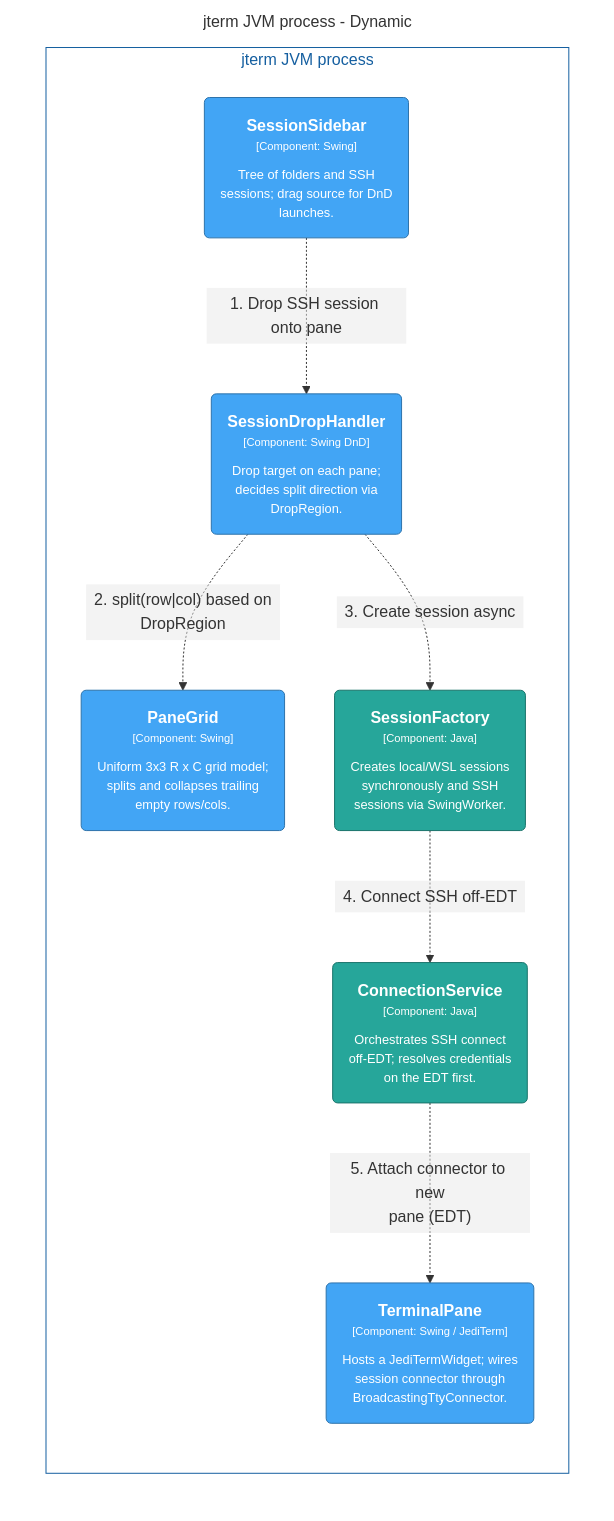
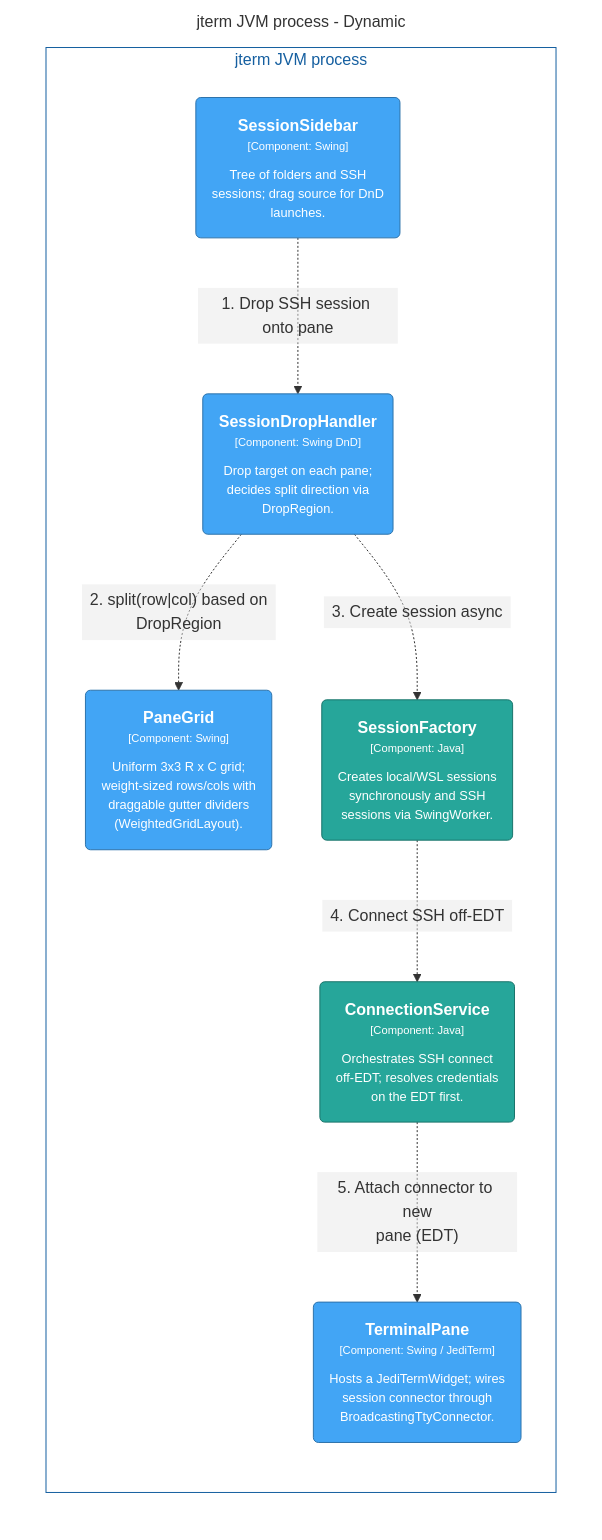
Before and after one commit to drecaise/jterm: the diagram in docs/architecture/model/generated/dynamic-drop-to-split.mmd, drawn with Mermaid. The commit also changed 14 other files, not shown here.

```diff
--- a/docs/architecture/model/generated/dynamic-drop-to-split.mmd
+++ b/docs/architecture/model/generated/dynamic-drop-to-split.mmd
@@ -1,34 +1,34 @@
 ---
 config:
   flowchart:
     padding: 16
 ---
 %%{init: {'theme':'base','themeVariables':{'edgeLabelBackground':'transparent','lineColor':'#8b95a1','fontFamily':'-apple-system,BlinkMacSystemFont,"Segoe UI",Roboto,Helvetica,Arial,sans-serif','fontSize':'14px'},'flowchart':{'curve':'basis','useMaxWidth':true}}}%%
 graph LR
 
   subgraph diagram ["jterm JVM process - Dynamic"]
     style diagram fill:transparent,stroke:transparent
 
     subgraph 8 [jterm JVM process]
       style 8 fill:transparent,stroke:#155fa0,color:#155fa0
 
-      12("<div style='font-weight: bold'>PaneGrid</div><div style='font-size: 70%; margin-top: 0px'>[Component: Swing]</div><div style='font-size: 80%; margin-top:10px'>Uniform 3x3 R x C grid model;<br />splits and collapses trailing<br />empty rows/cols.</div>")
+      12("<div style='font-weight: bold'>PaneGrid</div><div style='font-size: 70%; margin-top: 0px'>[Component: Swing]</div><div style='font-size: 80%; margin-top:10px'>Uniform 3x3 R x C grid;<br />weight-sized rows/cols with<br />draggable gutter dividers<br />(WeightedGridLayout).</div>")
       style 12 fill:#42a5f5,stroke:#2e73ab,color:#ffffff
       13("<div style='font-weight: bold'>TerminalPane</div><div style='font-size: 70%; margin-top: 0px'>[Component: Swing / JediTerm]</div><div style='font-size: 80%; margin-top:10px'>Hosts a JediTermWidget; wires<br />session connector through<br />BroadcastingTtyConnector.</div>")
       style 13 fill:#42a5f5,stroke:#2e73ab,color:#ffffff
       14("<div style='font-weight: bold'>SessionSidebar</div><div style='font-size: 70%; margin-top: 0px'>[Component: Swing]</div><div style='font-size: 80%; margin-top:10px'>Tree of folders and SSH<br />sessions; drag source for DnD<br />launches.</div>")
       style 14 fill:#42a5f5,stroke:#2e73ab,color:#ffffff
       17("<div style='font-weight: bold'>SessionDropHandler</div><div style='font-size: 70%; margin-top: 0px'>[Component: Swing DnD]</div><div style='font-size: 80%; margin-top:10px'>Drop target on each pane;<br />decides split direction via<br />DropRegion.</div>")
       style 17 fill:#42a5f5,stroke:#2e73ab,color:#ffffff
       21("<div style='font-weight: bold'>SessionFactory</div><div style='font-size: 70%; margin-top: 0px'>[Component: Java]</div><div style='font-size: 80%; margin-top:10px'>Creates local/WSL sessions<br />synchronously and SSH<br />sessions via SwingWorker.</div>")
       style 21 fill:#26a69a,stroke:#1a746b,color:#ffffff
       22("<div style='font-weight: bold'>ConnectionService</div><div style='font-size: 70%; margin-top: 0px'>[Component: Java]</div><div style='font-size: 80%; margin-top:10px'>Orchestrates SSH connect<br />off-EDT; resolves credentials<br />on the EDT first.</div>")
       style 22 fill:#26a69a,stroke:#1a746b,color:#ffffff
     end
 
     14-. "<div style='padding:4px 8px'><div>1. Drop SSH session onto pane</div><div style='font-size: 70%'></div></div>" .->17
     17-. "<div style='padding:4px 8px'><div>2. split(row|col) based on<br />DropRegion</div><div style='font-size: 70%'></div></div>" .->12
     17-. "<div style='padding:4px 8px'><div>3. Create session async</div><div style='font-size: 70%'></div></div>" .->21
     21-. "<div style='padding:4px 8px'><div>4. Connect SSH off-EDT</div><div style='font-size: 70%'></div></div>" .->22
     22-. "<div style='padding:4px 8px'><div>5. Attach connector to new<br />pane (EDT)</div><div style='font-size: 70%'></div></div>" .->13
   end
```
